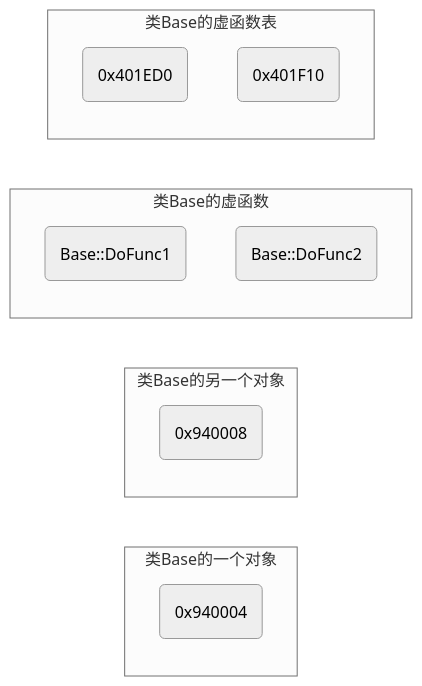
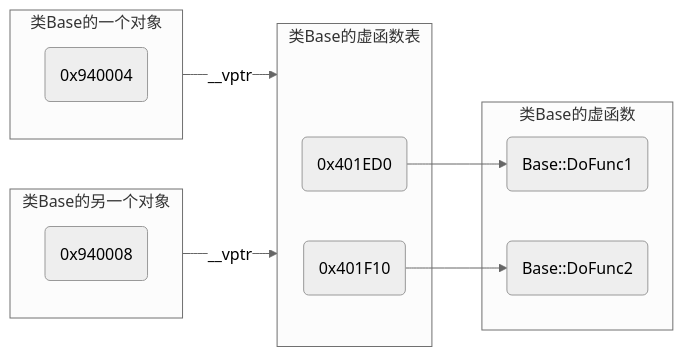
Before and after one commit to dmjcb/dmjcb.github.io: the second of 2 diagrams in _posts/Language/C&C++/C++/OOP/多态/2024-09-10-虚函数.md, drawn with Mermaid (neutral theme). The commit also changed other lines of this file and 122 other files, not shown here.

Commit message:
修复图形显示BUG

````diff
--- a/_posts/Language/C&C++/C++/OOP/多态/2024-09-10-虚函数.md
+++ b/_posts/Language/C&C++/C++/OOP/多态/2024-09-10-虚函数.md
@@ -101,22 +103,26 @@
 ```mermaid
 graph LR
     subgraph 类Base的一个对象
         E(0x940004)   
     end
 
     subgraph 类Base的另一个对象
         F(0x940008)   
     end
 
     subgraph 类Base的虚函数
         A(Base::DoFunc1) 
         B(Base::DoFunc2)
     end
 
     subgraph 类Base的虚函数表
         C(0x401ED0)
         D(0x401F10)
 
+        C-->A
+        D-->B
     end
 
+    类Base的一个对象--__vptr-->类Base的虚函数表
+    类Base的另一个对象--__vptr-->类Base的虚函数表
 ```
````
